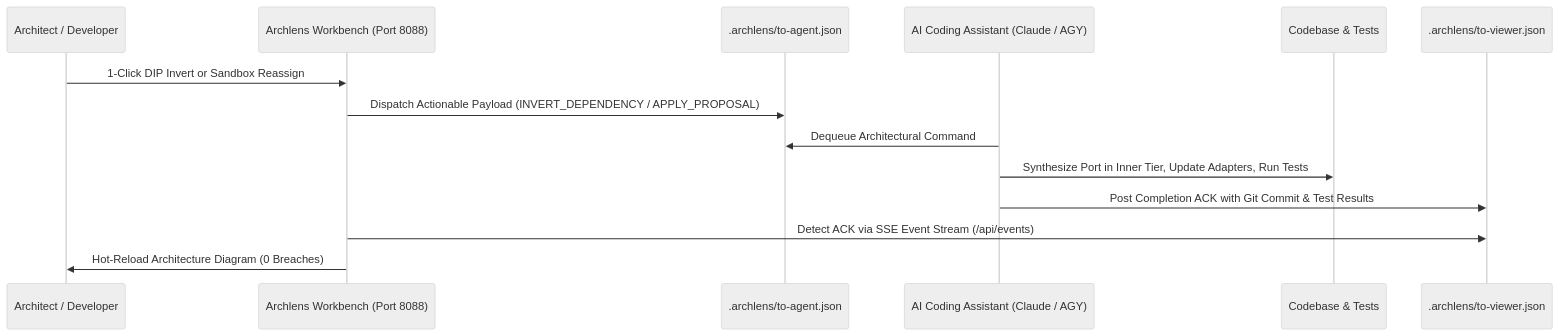
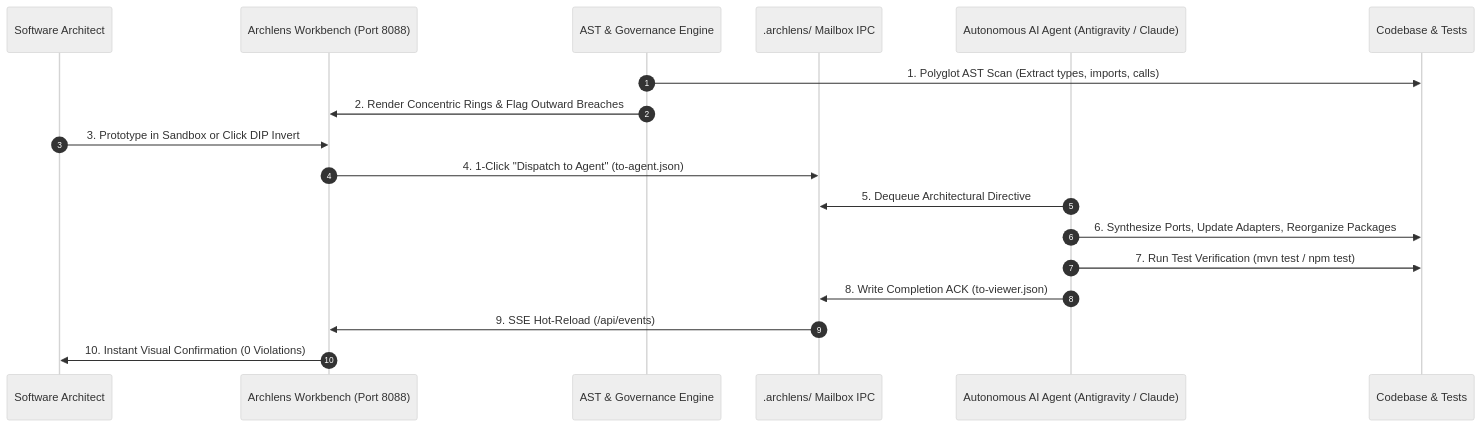
The diagram in README.md (fmatar/archlens), drawn with Mermaid (neutral theme) before and after one commit. The commit also changed other lines of this file, not shown here.

First line of the commit message:
docs: restructure README with closed-loop architecture and dispatch workflows (#146)

````diff
--- a/README.md
+++ b/README.md
@@ -242,17 +26,21 @@
 ```mermaid
 sequenceDiagram
-    participant User as Architect / Developer
-    participant UI as Archlens Workbench (Port 8088)
-    participant Inbox as .archlens/to-agent.json
-    participant Agent as AI Coding Assistant (Claude / AGY)
+    autonumber
+    participant Architect as Software Architect
+    participant Workbench as Archlens Workbench (Port 8088)
+    participant Core as AST & Governance Engine
+    participant Mailbox as .archlens/ Mailbox IPC
+    participant Agent as Autonomous AI Agent (Antigravity / Claude)
     participant Code as Codebase & Tests
-    participant Outbox as .archlens/to-viewer.json
 
-    User->>UI: 1-Click DIP Invert or Sandbox Reassign
-    UI->>Inbox: Dispatch Actionable Payload (INVERT_DEPENDENCY / APPLY_PROPOSAL)
-    Agent->>Inbox: Dequeue Architectural Command
-    Agent->>Code: Synthesize Port in Inner Tier, Update Adapters, Run Tests
-    Agent->>Outbox: Post Completion ACK with Git Commit & Test Results
-    UI->>Outbox: Detect ACK via SSE Event Stream (/api/events)
-    UI->>User: Hot-Reload Architecture Diagram (0 Breaches)
+    Core->>Code: 1. Polyglot AST Scan (Extract types, imports, calls)
+    Core->>Workbench: 2. Render Concentric Rings & Flag Outward Breaches
+    Architect->>Workbench: 3. Prototype in Sandbox or Click DIP Invert
+    Workbench->>Mailbox: 4. 1-Click "Dispatch to Agent" (to-agent.json)
+    Agent->>Mailbox: 5. Dequeue Architectural Directive
+    Agent->>Code: 6. Synthesize Ports, Update Adapters, Reorganize Packages
+    Agent->>Code: 7. Run Test Verification (mvn test / npm test)
+    Agent->>Mailbox: 8. Write Completion ACK (to-viewer.json)
+    Mailbox->>Workbench: 9. SSE Hot-Reload (/api/events)
+    Workbench->>Architect: 10. Instant Visual Confirmation (0 Violations)
 ```
````
